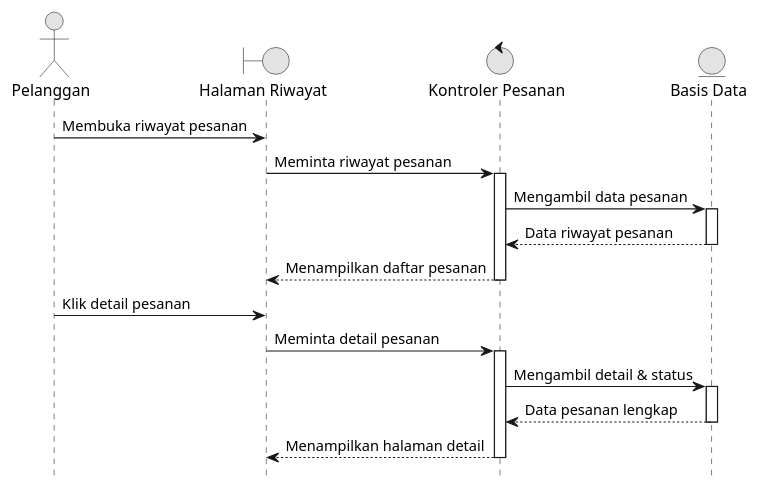
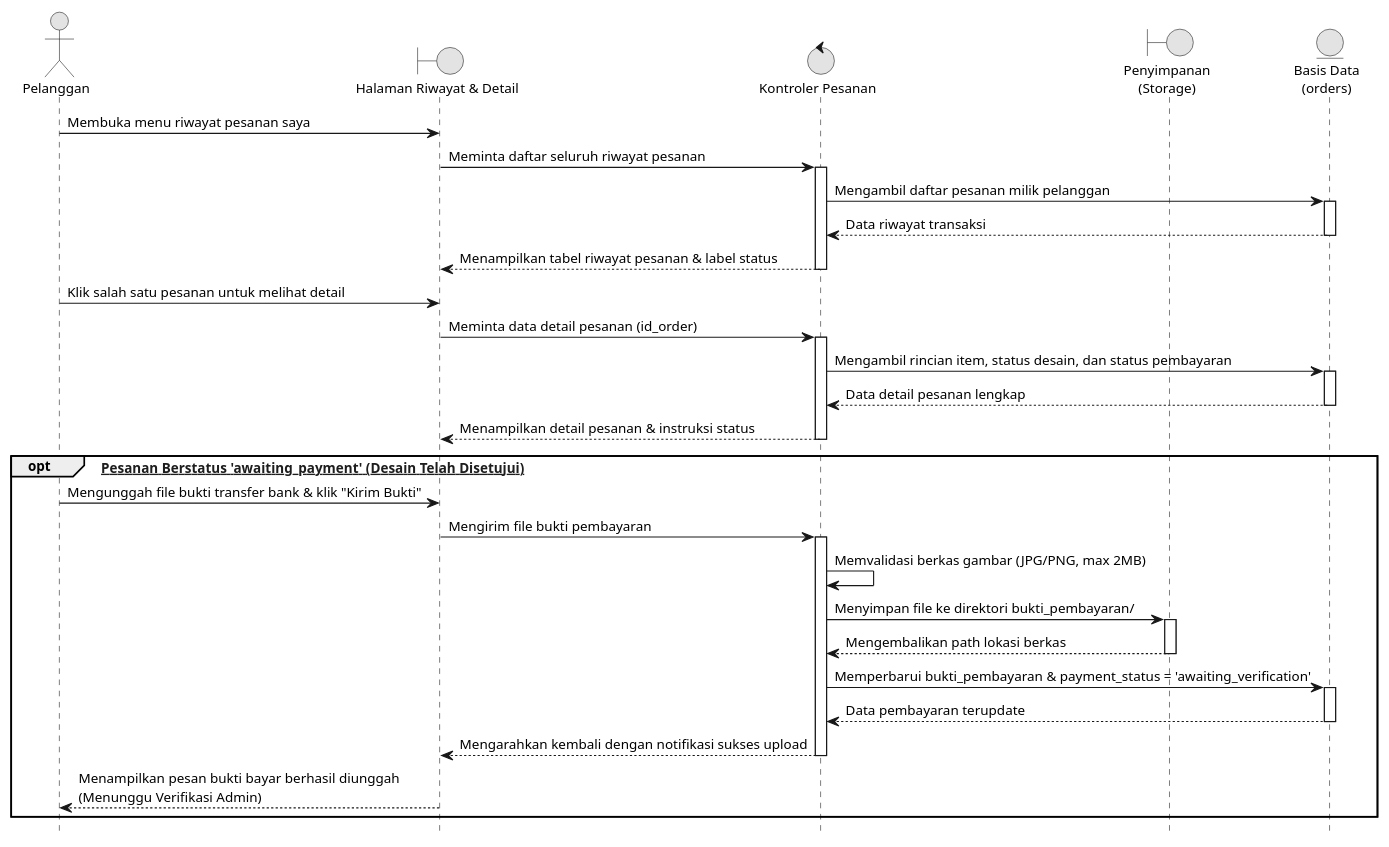
One commit to Reyonl/project_TA changed the sixth of 11 diagrams in docs/diagrams/semua_diagram.puml. Above: the diagram before and after it, drawn with PlantUML. The commit also changed other lines of this file and 25 other files, not shown here.

Commit message:
docs: regenerate thesis diagrams, add class/LRS diagrams and viewers

```diff
--- a/docs/diagrams/semua_diagram.puml
+++ b/docs/diagrams/semua_diagram.puml
@@ -132,30 +196,52 @@
 @startuml 05_Lacak_Pesanan
 hide footbox
+skinparam backgroundColor white
 skinparam monochrome true
 skinparam shadowing false
+skinparam DefaultFontName Arial
+skinparam DefaultFontSize 12
 
 actor "Pelanggan" as Customer
-boundary "Halaman Riwayat" as View
+boundary "Halaman Riwayat & Detail" as View
 control "Kontroler Pesanan" as Controller
-entity "Basis Data" as DB
+boundary "Penyimpanan\n(Storage)" as Storage
+entity "Basis Data\n(orders)" as DB
 
-Customer -> View : Membuka riwayat pesanan
-View -> Controller : Meminta riwayat pesanan
+Customer -> View : Membuka menu riwayat pesanan saya
+View -> Controller : Meminta daftar seluruh riwayat pesanan
 activate Controller
-Controller -> DB : Mengambil data pesanan
+Controller -> DB : Mengambil daftar pesanan milik pelanggan
 activate DB
-DB --> Controller : Data riwayat pesanan
+DB --> Controller : Data riwayat transaksi
 deactivate DB
-Controller --> View : Menampilkan daftar pesanan
+Controller --> View : Menampilkan tabel riwayat pesanan & label status
 deactivate Controller
 
-Customer -> View : Klik detail pesanan
-View -> Controller : Meminta detail pesanan
+Customer -> View : Klik salah satu pesanan untuk melihat detail
+View -> Controller : Meminta data detail pesanan (id_order)
 activate Controller
-Controller -> DB : Mengambil detail & status
+Controller -> DB : Mengambil rincian item, status desain, dan status pembayaran
 activate DB
-DB --> Controller : Data pesanan lengkap
+DB --> Controller : Data detail pesanan lengkap
 deactivate DB
-Controller --> View : Menampilkan halaman detail
+Controller --> View : Menampilkan detail pesanan & instruksi status
 deactivate Controller
+
+opt [Kondisi: Pesanan Berstatus 'awaiting_payment' (Desain Telah Disetujui)]
+    Customer -> View : Mengunggah file bukti transfer bank & klik "Kirim Bukti"
+    View -> Controller : Mengirim file bukti pembayaran
+    activate Controller
+    Controller -> Controller : Memvalidasi berkas gambar (JPG/PNG, max 2MB)
+    Controller -> Storage : Menyimpan file ke direktori bukti_pembayaran/
+    activate Storage
+    Storage --> Controller : Mengembalikan path lokasi berkas
+    deactivate Storage
+    Controller -> DB : Memperbarui bukti_pembayaran & payment_status = 'awaiting_verification'
+    activate DB
+    DB --> Controller : Data pembayaran terupdate
+    deactivate DB
+    Controller --> View : Mengarahkan kembali dengan notifikasi sukses upload
+    deactivate Controller
+    View --> Customer : Menampilkan pesan bukti bayar berhasil diunggah\n(Menunggu Verifikasi Admin)
+end
 @enduml
```
